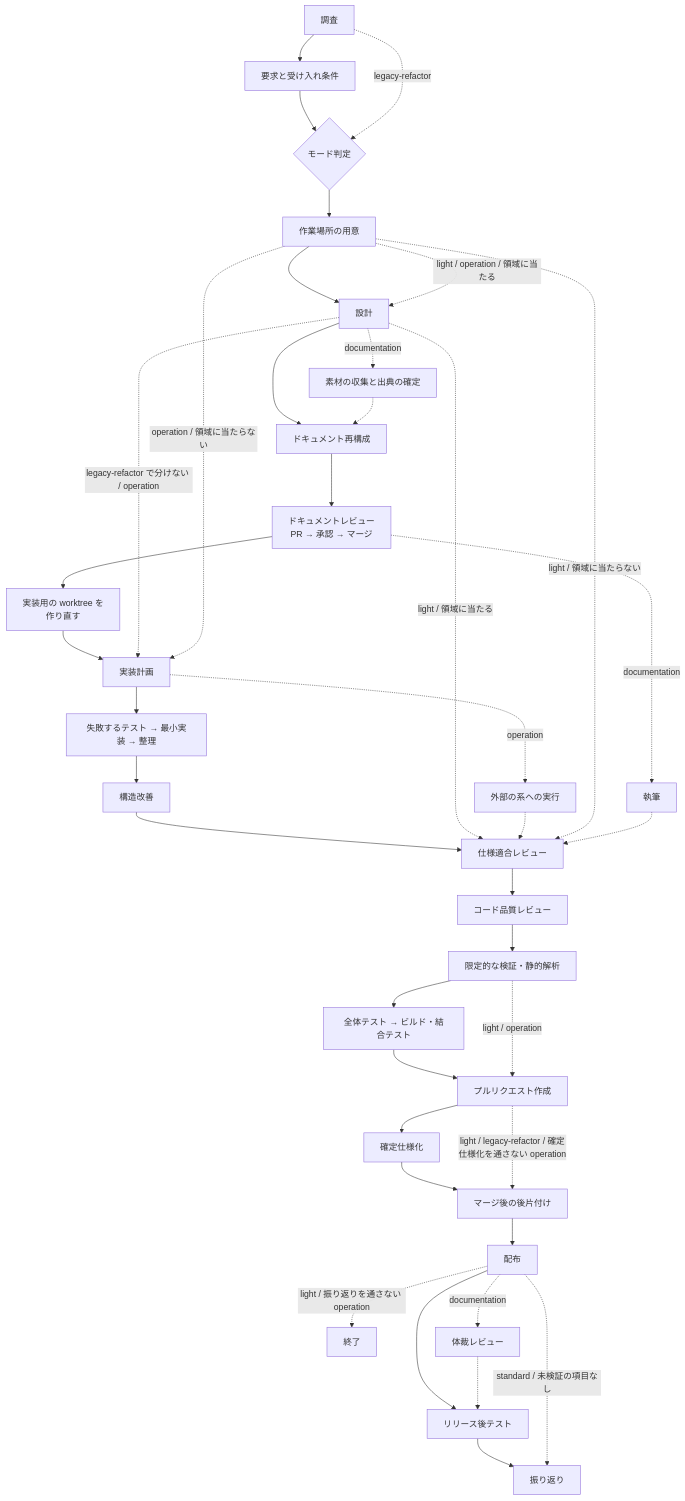
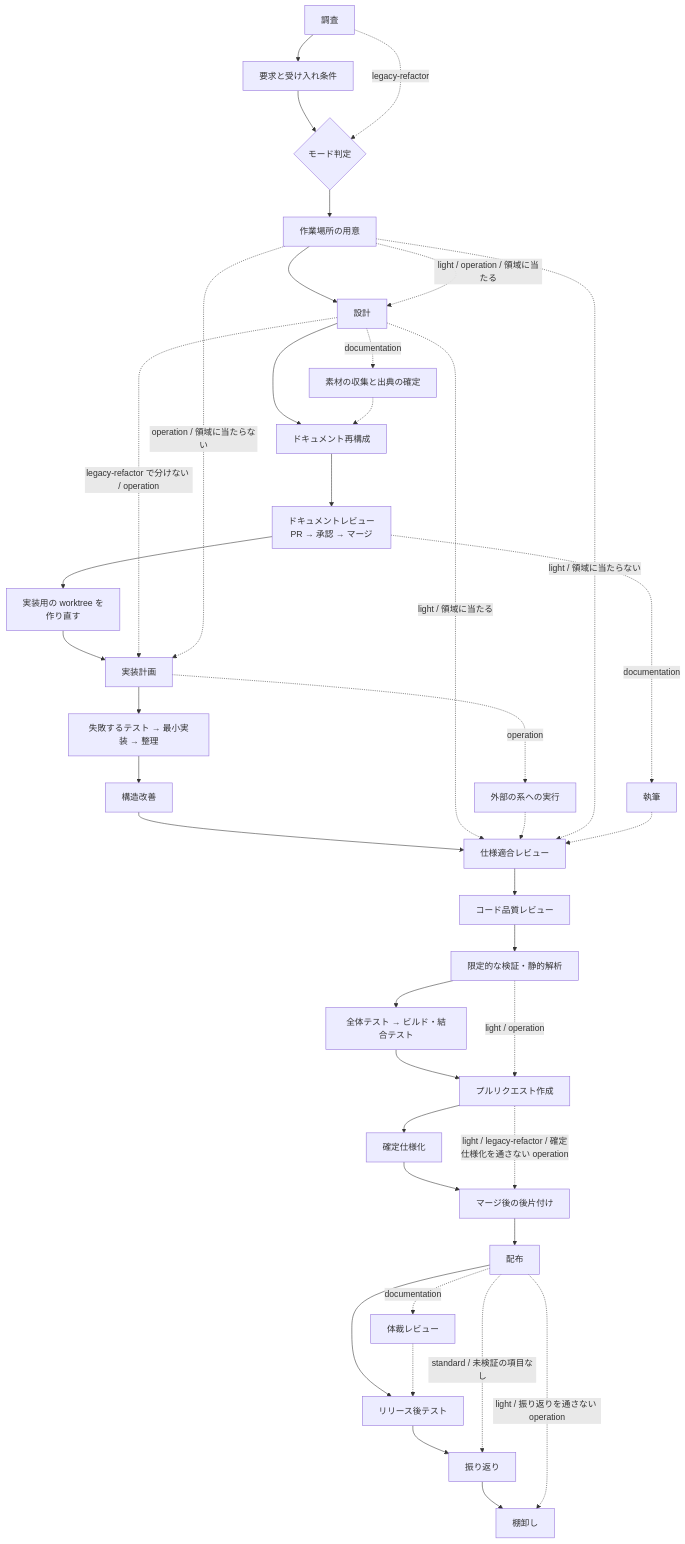
One commit to devbasex/ai-plugins changed the diagram in plugins/ndf/skills/development-workflow/SKILL.md. Above: the diagram before and after it, drawn with Mermaid. The commit also changed other lines of this file and 16 other files, not shown here.

````diff
--- a/plugins/ndf/skills/development-workflow/SKILL.md
+++ b/plugins/ndf/skills/development-workflow/SKILL.md
@@ -396,41 +396,41 @@
 ```mermaid
 flowchart TD
     A[調査] --> B[要求と受け入れ条件]
     B --> D{モード判定}
     D --> S[作業場所の用意]
     S --> C[設計]
     C --> DR[ドキュメント再構成]
     DR --> F[ドキュメントレビュー<br/>PR → 承認 → マージ]
     F --> W[実装用の worktree を<br/>作り直す]
     W --> G[実装計画]
     G --> H[失敗するテスト → 最小実装 → 整理]
     H --> R[構造改善]
     R --> I[仕様適合レビュー]
     I --> J[コード品質レビュー]
     J --> K[限定的な検証・静的解析]
     K --> N[全体テスト → ビルド・結合テスト]
     N --> L[プルリクエスト作成]
     L --> M[確定仕様化]
     M --> P[マージ後の後片付け]
     P --> RL[配布]
     RL --> Q[リリース後テスト]
-    Q --> T[振り返り]
+    Q --> T[振り返り] --> BR[棚卸し]
     RL -.->|standard / 未検証の項目なし| T
     A -.->|legacy-refactor| D
     C -.->|"legacy-refactor で分けない / operation"| G
     C -.->|"light / 領域に当たる"| I
     S -.->|"operation / 領域に当たらない"| G
     S -.->|"light / operation / 領域に当たる"| C
     G -.->|operation| X[外部の系への実行]
     X -.-> I
     S -.->|"light / 領域に当たらない"| I
     K -.->|light / operation| L
     L -.->|light / legacy-refactor / 確定仕様化を通さない operation| P
-    RL -.->|light / 振り返りを通さない operation| Z[終了]
+    RL -.->|light / 振り返りを通さない operation| BR
     C -.->|documentation| SR[素材の収集と出典の確定]
     SR -.-> DR
     F -.->|documentation| DW[執筆]
     DW -.-> I
     RL -.->|documentation| LR[体裁レビュー]
     LR -.-> Q
 ```
````
